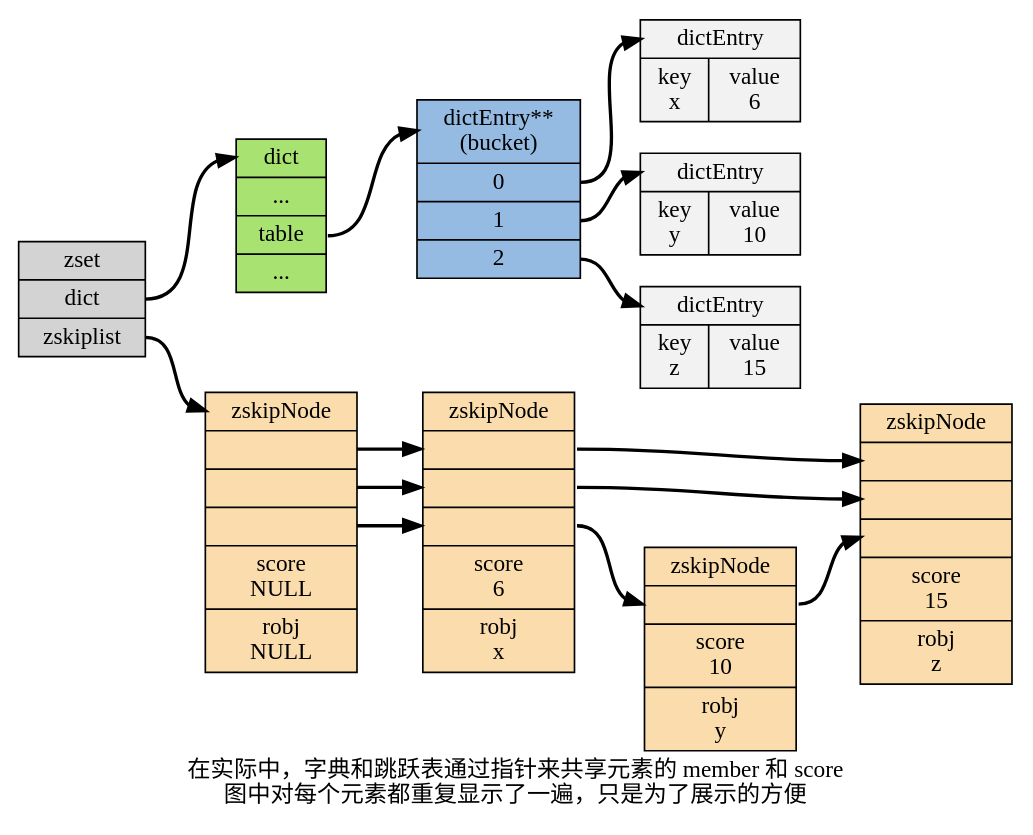
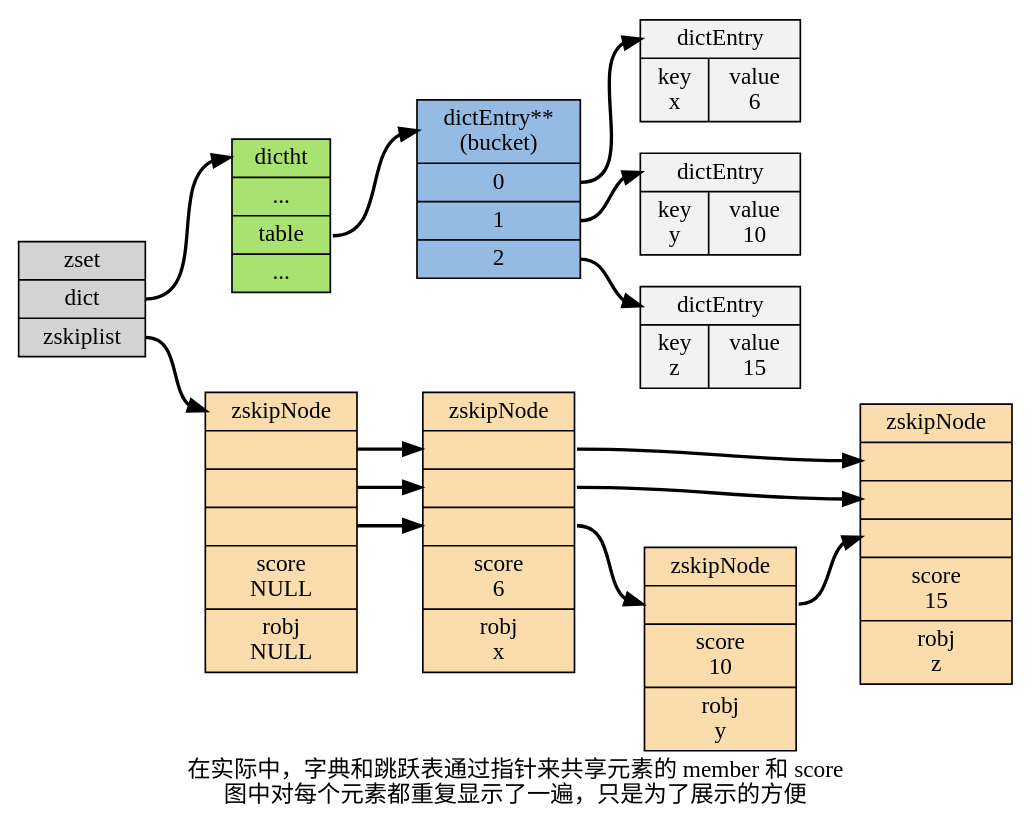
One commit to huangzworks/redisbook changed the diagram in datatype/image/zset.dot. Above: the diagram before and after it, drawn with Graphviz.

Commit message:
修正一个图片错误，感谢 peng yang 的提醒： http://redisbook.readthedocs.org/en/latest/datatype/sorted_set.html#comment-1370197470

```diff
--- a/datatype/image/zset.dot
+++ b/datatype/image/zset.dot
@@ -1,45 +1,45 @@
 digraph zset {
 
     rankdir = LR;
 
     node [shape = record, style = filled];
 
     edge [style = bold];
 
     label = "在实际中，字典和跳跃表通过指针来共享元素的 member 和 score\n图中对每个元素都重复显示了一遍，只是为了展示的方便";
 
     zset [label = "<head>zset |<dict>dict |<zskiplist> zskiplist"];
 
     // skiplist
 
     skiplist [label ="<head>zskipNode |<3> |<2> |<1> |<score>score\n NULL |<robj>robj\n NULL", fillcolor = "#FADCAD"];
     six [label = "<head>zskipNode |<3> |<2> |<1> |<score>score\n 6 |<robj>robj\n x", fillcolor = "#FADCAD"];
     ten [label = "<head>zskipNode | <1> |<score>score\n 10 |<robj>robj\n y", fillcolor = "#FADCAD"];
     fiften [label = "<head>zskipNode |<3> |<2> |<1> |<score>score\n 15 |<robj>robj\n z", fillcolor = "#FADCAD"];
 
     zset:dict -> dict:head;
     zset:zskiplist -> skiplist:head;
     skiplist:3 -> six:3; 
     skiplist:2 -> six:2;
     skiplist:1 -> six:1;
     six:1 -> ten:1;
     six:2 -> fiften:2;
     six:3 -> fiften:3;
     ten:1 -> fiften:1;
 
 
     // dict
 
-    dict [label = "<head>dict | ... |<table> table | ...", fillcolor = "#A8E270"];
+    dict [label = "<head>dictht | ... |<table> table | ...", fillcolor = "#A8E270"];
     bucket [label = "<head>dictEntry**\n(bucket) |<0> 0 |<1> 1 |<2> 2", fillcolor = "#95BBE3"];
     entry_x [label = "<head>dictEntry |{<key>key\n x |<value>value\n 6}", fillcolor = "#F2F2F2"];
     entry_y [label = "<head>dictEntry |{<key>key\n y |<value>value\n 10}", fillcolor = "#F2F2F2"];
     entry_z [label = "<head>dictEntry |{<key>key\n z |<value>value\n 15}", fillcolor = "#F2F2F2"];
 
     dict:table -> bucket:head;
 
     bucket:0 -> entry_x:head;
     bucket:1 -> entry_y:head;
     bucket:2 -> entry_z:head;
 
 }
```
